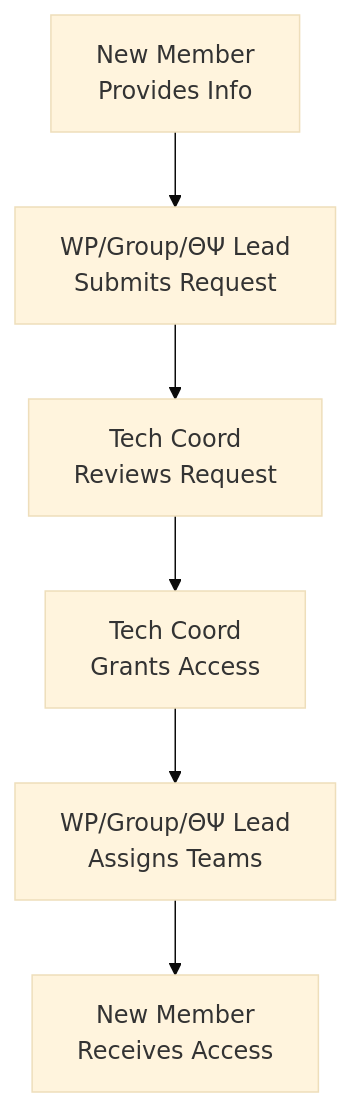
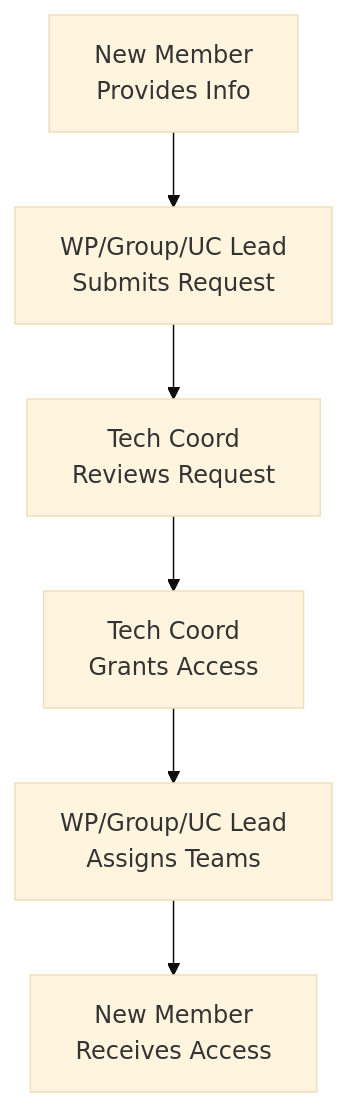
One commit to webuild-consortium/webuild-github-policies changed the first of 2 diagrams in docs/03-onboarding-procedures.md. Above: the diagram before and after it, drawn with Mermaid (base theme). The commit also changed other lines of this file and 7 other files, not shown here.

````diff
--- a/docs/03-onboarding-procedures.md
+++ b/docs/03-onboarding-procedures.md
@@ -142,15 +138,15 @@
 ```mermaid
 graph TD
     A[New Member<br/>Provides Info]
-    B[WP/Group/ΘΨ Lead<br/>Submits Request]
+    B[WP/Group/UC Lead<br/>Submits Request]
     C[Tech Coord<br/>Reviews Request]
     D[Tech Coord<br/>Grants Access]
-    E[WP/Group/ΘΨ Lead<br/>Assigns Teams]
+    E[WP/Group/UC Lead<br/>Assigns Teams]
     F[New Member<br/>Receives Access]
 
     A --> B
     B --> C
     C --> D
     D --> E
     E --> F
 ```
````
